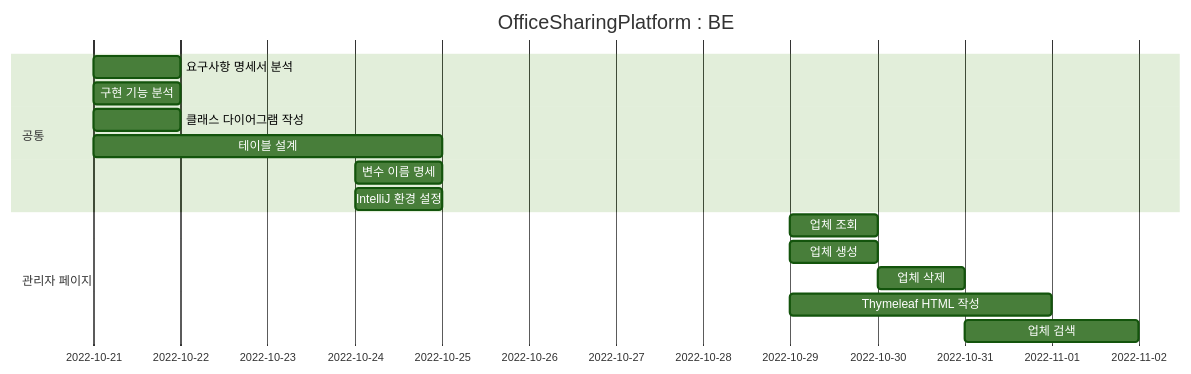
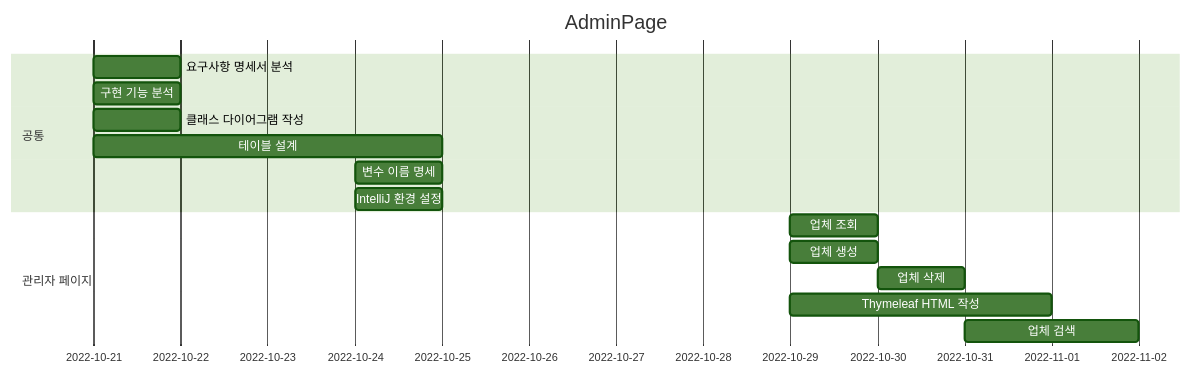
Before and after one commit to Hell-O-Demon-World/semi-OfficeSharingPlatform: the diagram in README.md, drawn with Mermaid (forest theme).

Commit message:
update : README

````diff
--- a/README.md
+++ b/README.md
@@ -3,21 +3,21 @@
 ```mermaid
 gantt
 dateFormat MM-DD
-title OfficeSharingPlatform : BE
+title AdminPage
 
     section 공통
     요구사항 명세서 분석      :chap1, 10-21, 1d
     구현 기능 분석          :chap2, 10-21, 1d
     클래스 다이어그램 작성    :chap3, 10-21, 1d 
     테이블 설계            :chap4, 10-21, 4d
     변수 이름 명세          :chap5, 10-24, 1d
     IntelliJ 환경 설정     :chap6, 10-24, 1d
     
     section 관리자 페이지
     업체 조회              :chap1, 10-29, 1d
     업체 생성              :chap2, 10-29, 1d
     업체 삭제              :chap3, 10-30, 1d
     Thymeleaf HTML 작성   :chap4, 10-29, 3d
     업체 검색              :chap5, 10-31, 2d
     
 ```
````
